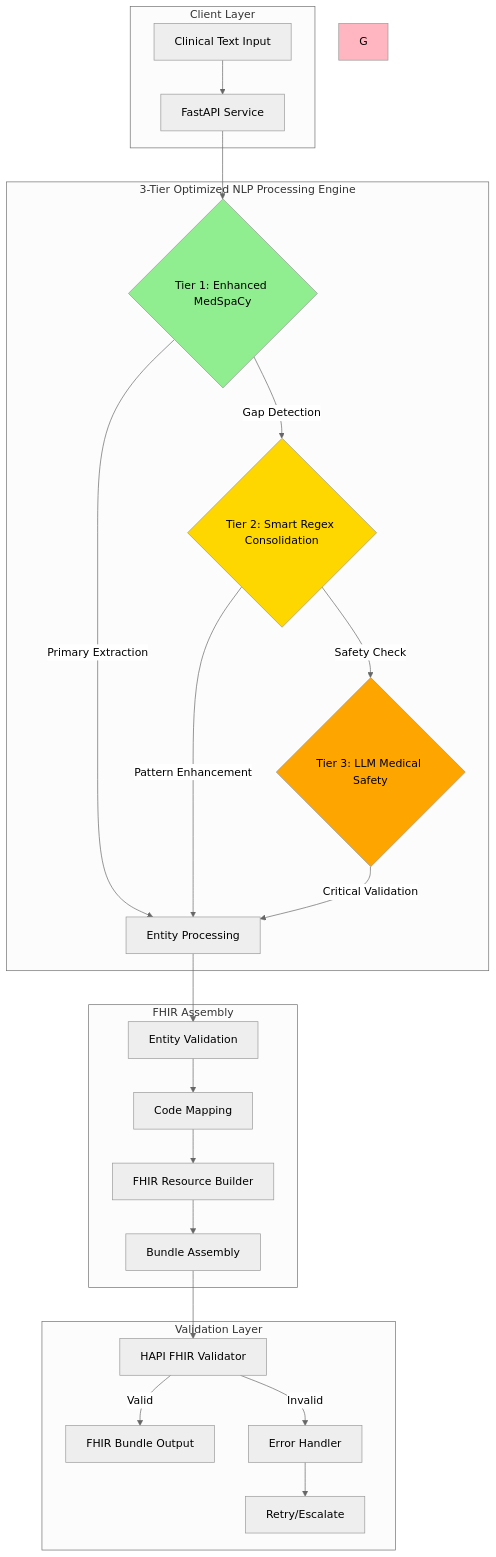
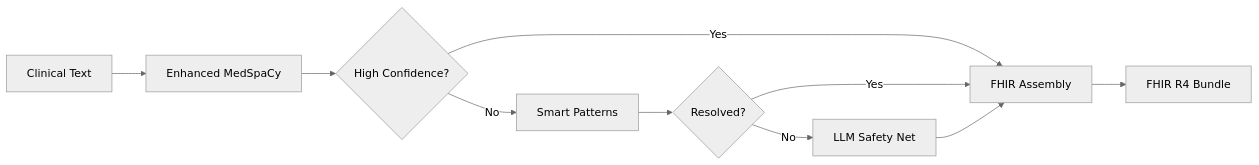
The diagram in README.md (jc7k/nl-fhir), drawn with Mermaid (neutral theme) before and after one commit. The commit also changed other lines of this file and 40 other files, not shown here.

First line of the commit message:
feat: Fix dosage and frequency extraction with entity type correction

````diff
--- a/README.md
+++ b/README.md
@@ -334,34 +120,12 @@
 ```mermaid
-graph TB
-    subgraph "Client Layer"
-        A[Clinical Text Input] --> B[FastAPI Service]
-    end
-
-    subgraph "3-Tier Optimized NLP Processing Engine"
-        B --> C{Tier 1: Enhanced MedSpaCy}
-        C -->|Primary Extraction| D[Entity Processing]
-        C -->|Gap Detection| E{Tier 2: Smart Regex Consolidation}
-        E -->|Pattern Enhancement| D
-        E -->|Safety Check| F{Tier 3: LLM Medical Safety}
-        F -->|Critical Validation| D
-    end
-    
-    subgraph "FHIR Assembly"
-        D --> H[Entity Validation]
-        H --> I[Code Mapping]
-        I --> J[FHIR Resource Builder]
-        J --> K[Bundle Assembly]
-    end
-    
-    subgraph "Validation Layer"
-        K --> L[HAPI FHIR Validator]
-        L -->|Valid| M[FHIR Bundle Output]
-        L -->|Invalid| N[Error Handler]
-        N --> O[Retry/Escalate]
-    end
-    
-    style C fill:#90EE90
-    style E fill:#FFD700
-    style F fill:#FFA500
-    style G fill:#FFB6C1
+graph LR
+    A[Clinical Text] --> B[Enhanced MedSpaCy]
+    B --> C{High Confidence?}
+    C -->|Yes| D[FHIR Assembly]
+    C -->|No| E[Smart Patterns]
+    E --> F{Resolved?}
+    F -->|Yes| D
+    F -->|No| G[LLM Safety Net]
+    G --> D
+    D --> H[FHIR R4 Bundle]
 ```
````
